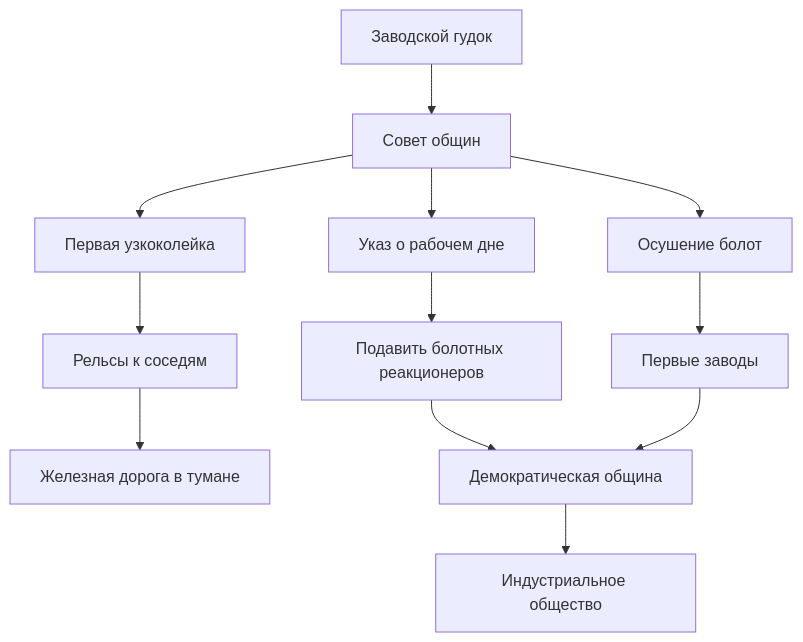
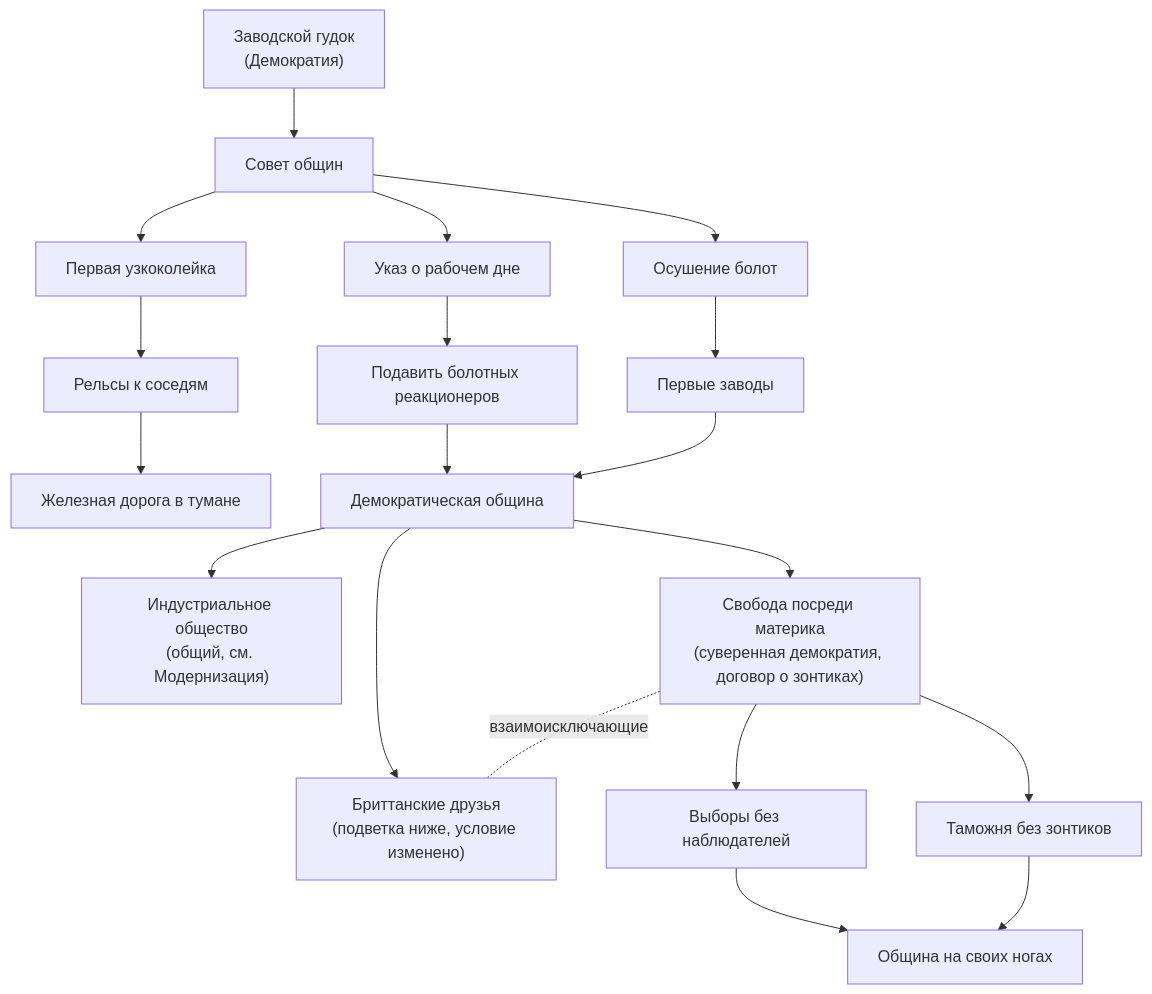
Before and after one commit to CatShredia/casuality-mod: the fifth of 12 diagrams in docs/focuses/Kazualia-Focus-Tree.md, drawn with Mermaid. The commit also changed other lines of this file and 8 other files, not shown here.

````diff
--- a/docs/focuses/Kazualia-Focus-Tree.md
+++ b/docs/focuses/Kazualia-Focus-Tree.md
@@ -107,12 +210,17 @@
 ```mermaid
 flowchart TD
-    R1["Заводской гудок"] --> R2["Совет общин"]
+    R1["Заводской гудок<br/>(Демократия)"] --> R2["Совет общин"]
     R2 --> R3["Указ о рабочем дне"]
     R2 --> R4["Осушение болот"]
     R3 --> R5["Подавить болотных реакционеров"]
     R4 --> R6["Первые заводы"]
     R2 --> RR1["Первая узкоколейка"] --> RR2["Рельсы к соседям"] --> RR3["Железная дорога в тумане"]
     R5 --> R7["Демократическая община"]
     R6 --> R7
-    R7 --> R8["Индустриальное общество"]
+    R7 --> R8["Индустриальное общество<br/>(общий, см. Модернизация)"]
+    R7 --> S1["Свобода посреди материка<br/>(суверенная демократия, договор о зонтиках)"]
+    R7 --> B1["Бриттанские друзья<br/>(подветка ниже, условие изменено)"]
+    S1 -. "взаимоисключающие" .- B1
+    S1 --> S2["Выборы без наблюдателей"] --> S3["Община на своих ногах"]
+    S1 --> S4["Таможня без зонтиков"] --> S3
 ```
````
